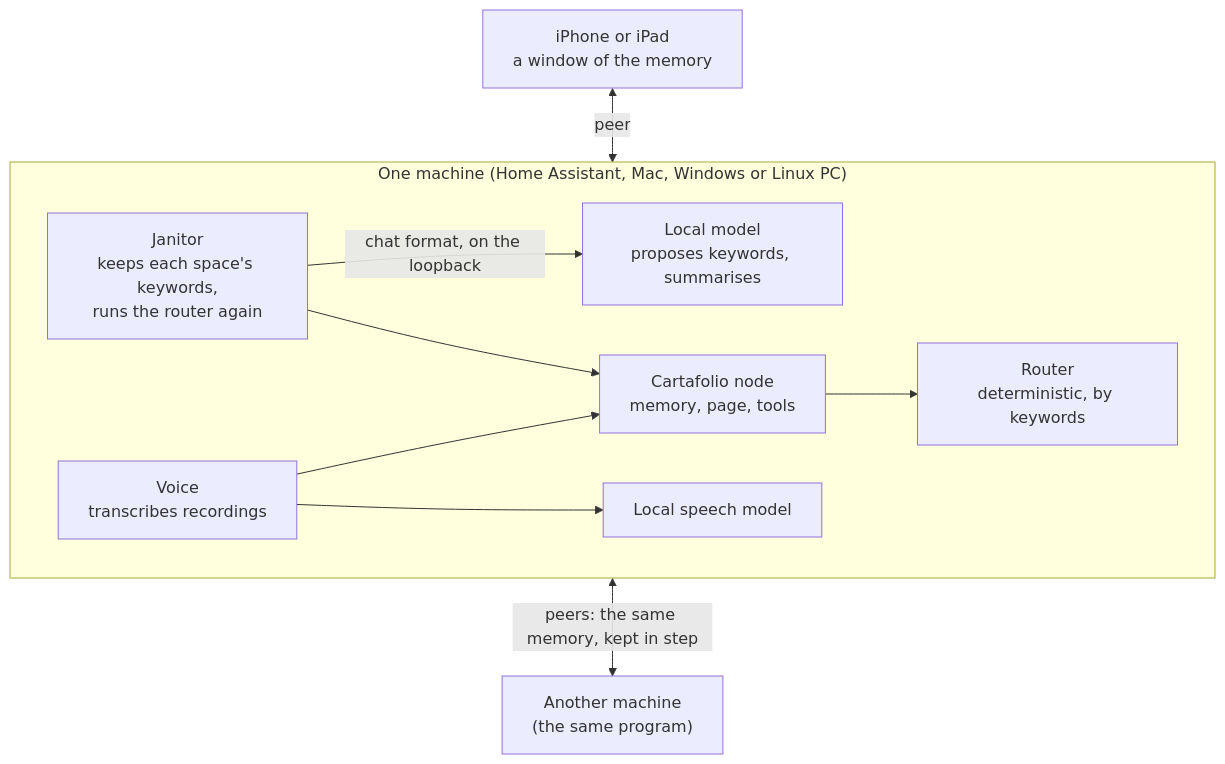
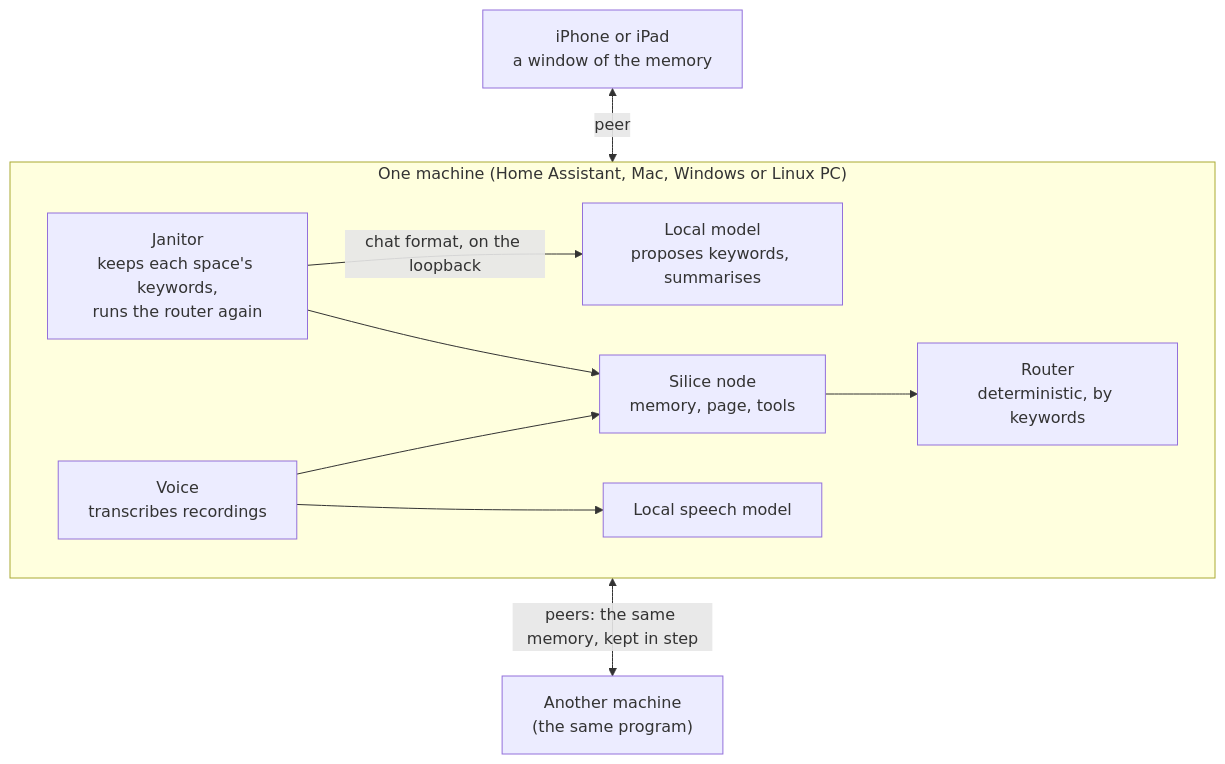
One commit to WilliamFriconneau/cartafolio-core changed the diagram in docs/LOCAL-TOOLS.md. Above: the diagram before and after it, drawn with Mermaid. The commit also changed other lines of this file and 73 other files, not shown here.

````diff
--- a/docs/LOCAL-TOOLS.md
+++ b/docs/LOCAL-TOOLS.md
@@ -6,18 +6,18 @@
 ```mermaid
 flowchart TB
   subgraph Machine["One machine (Home Assistant, Mac, Windows or Linux PC)"]
-    N["Cartafolio node<br/>memory, page, tools"]
+    N["Silice node<br/>memory, page, tools"]
     J["Janitor<br/>keeps each space's keywords,<br/>runs the router again"]
     R["Router<br/>deterministic, by keywords"]
     V["Voice<br/>transcribes recordings"]
     M["Local model<br/>proposes keywords, summarises"]
     S["Local speech model"]
     N --> R
     J --> N
     J -- "chat format, on the loopback" --> M
     V --> S
     V --> N
   end
   Machine <-- "peers: the same memory, kept in step" --> Other["Another machine<br/>(the same program)"]
   Phone["iPhone or iPad<br/>a window of the memory"] <-- "peer" --> Machine
 ```
````
